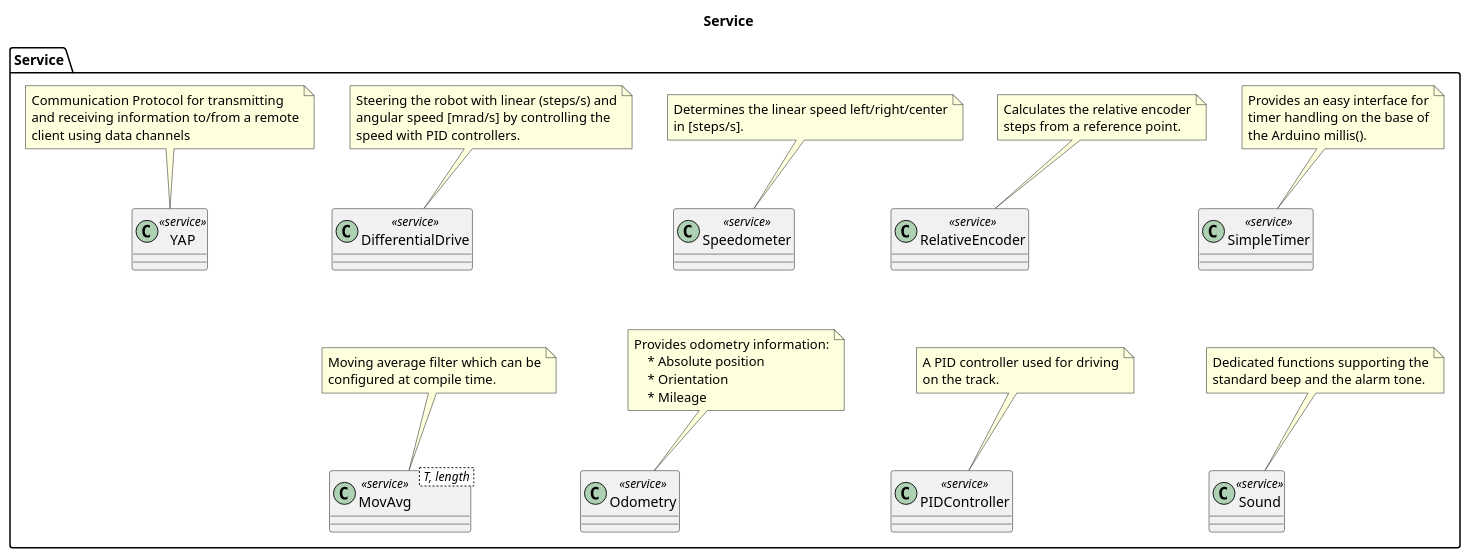
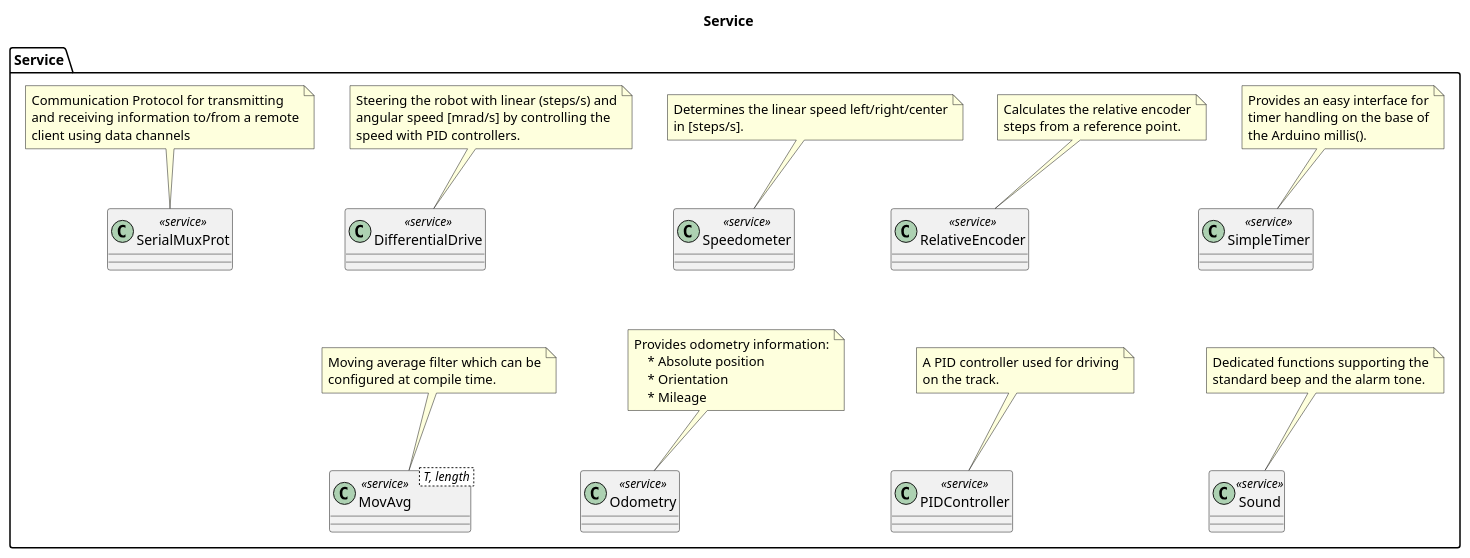
Before and after one commit to BlueAndi/RadonUlzer: the diagram in doc/architecture/uml/LogicalView/Service.plantuml, drawn with PlantUML. The commit also changed 2 other files, not shown here.

Commit message:
Remove YAP from documentation

```diff
--- a/doc/architecture/uml/LogicalView/Service.plantuml
+++ b/doc/architecture/uml/LogicalView/Service.plantuml
@@ -1,81 +1,81 @@
 @startuml
 
 title Service
 
 package "Service" as serviceLayer {
 
     class Sound <<service>>
 
     note top of Sound
         Dedicated functions supporting the
         standard beep and the alarm tone.
     end note
 
     class SimpleTimer <<service>>
 
     note top of SimpleTimer
         Provides an easy interface for
         timer handling on the base of
         the Arduino millis().
     end note
 
     class Odometry <<service>>
 
     note top of Odometry
         Provides odometry information:
             * Absolute position
             * Orientation
             * Mileage
     end note
 
     class PIDController <<service>>
 
     note top of PIDController
         A PID controller used for driving
         on the track.
     end note
 
     class MovAvg < T, length > <<service>>
 
     note top of MovAvg
         Moving average filter which can be
         configured at compile time.
     end note
 
     class RelativeEncoder <<service>>
 
     note top of RelativeEncoder
         Calculates the relative encoder
         steps from a reference point.
     end note
 
     class Speedometer <<service>>
 
     note top of Speedometer
         Determines the linear speed left/right/center
         in [steps/s].
     end note
 
     class DifferentialDrive <<service>>
 
     note top of DifferentialDrive
         Steering the robot with linear (steps/s) and
         angular speed [mrad/s] by controlling the
         speed with PID controllers.
     end note
 
-    class YAP <<service>>
+    class SerialMuxProt <<service>>
 
-    note top of YAP
+    note top of SerialMuxProt
         Communication Protocol for transmitting 
         and receiving information to/from a remote
         client using data channels
     end note
 
     DifferentialDrive -[hidden]-- MovAvg
     Speedometer -[hidden]-- Odometry
     RelativeEncoder -[hidden]-- PIDController
     SimpleTimer -[hidden]-- Sound
 }
 
 @enduml
```
